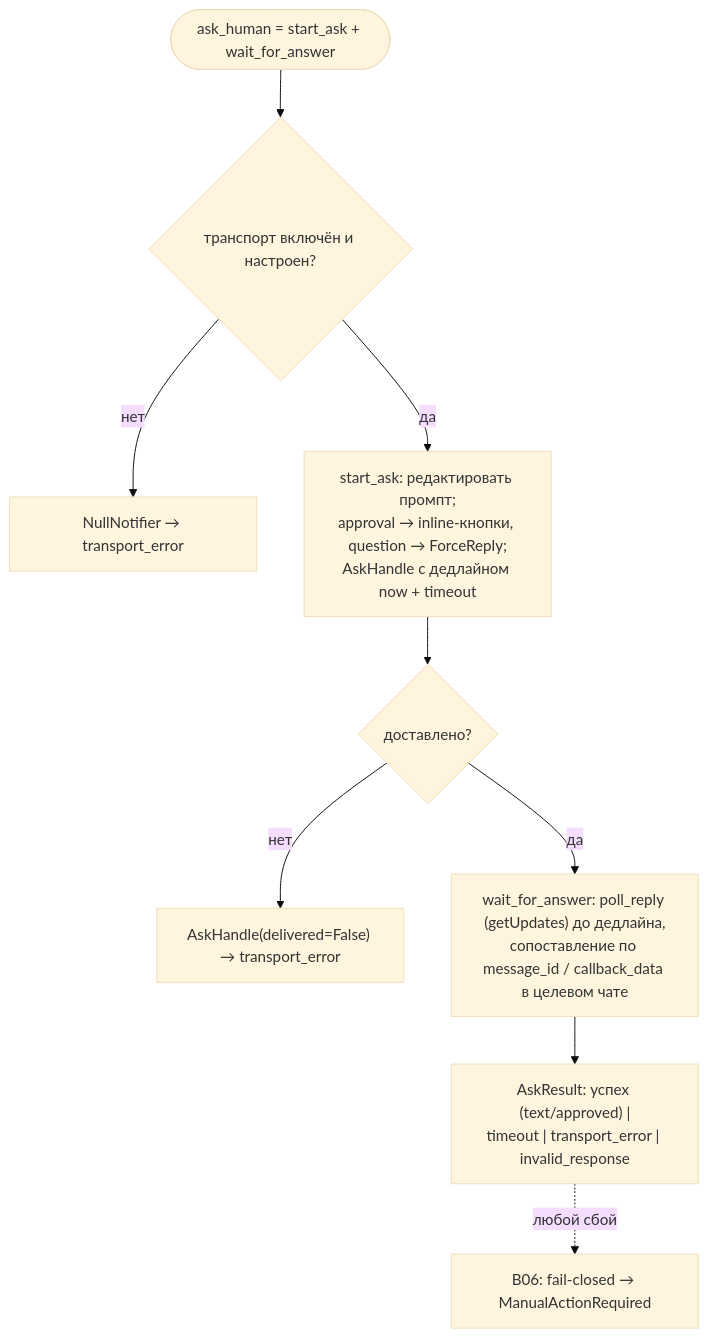
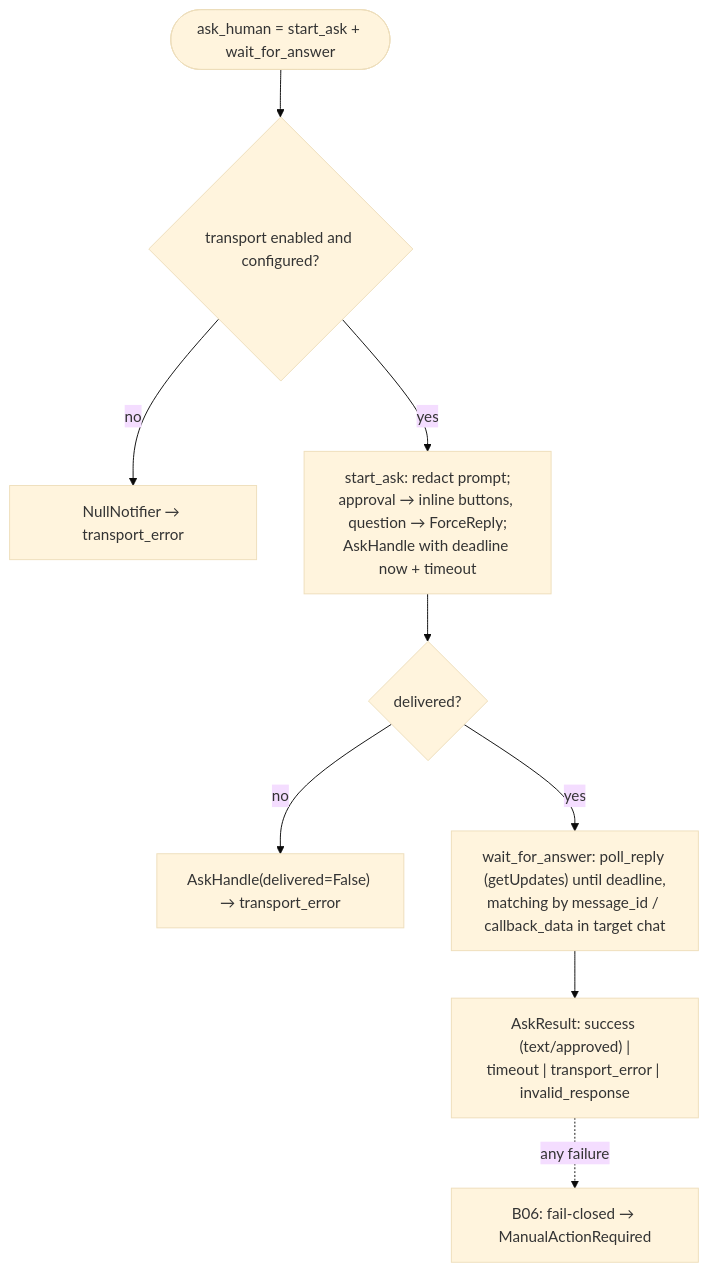
Before and after one commit to VladimirMakarevich/wastech-orchestrator: the diagram in docs/functional/blocks/B26-notifications-telegram.md, drawn with Mermaid (base theme). The commit also changed other lines of this file and 41 other files, not shown here.

Commit message:
docs: translate system flows documentation from Russian to English, ensuring clarity and consistency in terminology. Update sequence diagrams and flowcharts to reflect the changes in language. Maintain the structure and references to blocks for ease of navigation.

````diff
--- a/docs/functional/blocks/B26-notifications-telegram.md
+++ b/docs/functional/blocks/B26-notifications-telegram.md
@@ -47,11 +47,11 @@
 ```mermaid
 flowchart TB
-    start(["ask_human = start_ask + wait_for_answer"]) --> nf{"транспорт включён и настроен?"}
-    nf -->|нет| null["NullNotifier → transport_error"]
-    nf -->|да| sa["start_ask: редактировать промпт;<br/>approval → inline-кнопки, question → ForceReply;<br/>AskHandle с дедлайном now + timeout"]
-    sa --> del{"доставлено?"}
-    del -->|нет| te["AskHandle(delivered=False) → transport_error"]
-    del -->|да| wa["wait_for_answer: poll_reply (getUpdates) до дедлайна,<br/>сопоставление по message_id / callback_data в целевом чате"]
-    wa --> res["AskResult: успех (text/approved) |<br/>timeout | transport_error | invalid_response"]
-    res -.->|любой сбой| fc["B06: fail-closed → ManualActionRequired"]
+    start(["ask_human = start_ask + wait_for_answer"]) --> nf{"transport enabled and configured?"}
+    nf -->|no| null["NullNotifier → transport_error"]
+    nf -->|yes| sa["start_ask: redact prompt;<br/>approval → inline buttons, question → ForceReply;<br/>AskHandle with deadline now + timeout"]
+    sa --> del{"delivered?"}
+    del -->|no| te["AskHandle(delivered=False) → transport_error"]
+    del -->|yes| wa["wait_for_answer: poll_reply (getUpdates) until deadline,<br/>matching by message_id / callback_data in target chat"]
+    wa --> res["AskResult: success (text/approved) |<br/>timeout | transport_error | invalid_response"]
+    res -.->|any failure| fc["B06: fail-closed → ManualActionRequired"]
 ```
````
